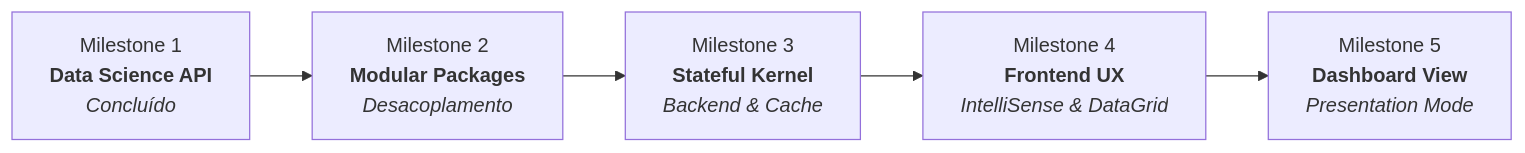
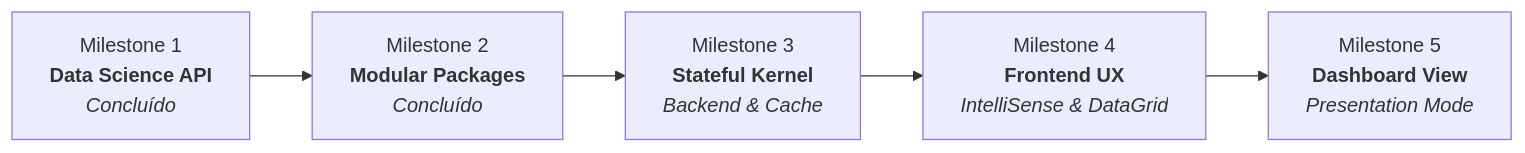
One commit to affonsoelias/BlaiseNotebook changed the diagram in ROADMAP.md. Above: the diagram before and after it, drawn with Mermaid. The commit also changed other lines of this file and 11 other files, not shown here.

````diff
--- a/ROADMAP.md
+++ b/ROADMAP.md
@@ -12,7 +12,7 @@
 ```mermaid
 flowchart LR
-    M1["Milestone 1<br/><b>Data Science API</b><br/><i>Concluído</i>"] --> M2["Milestone 2<br/><b>Modular Packages</b><br/><i>Desacoplamento</i>"]
+    M1["Milestone 1<br/><b>Data Science API</b><br/><i>Concluído</i>"] --> M2["Milestone 2<br/><b>Modular Packages</b><br/><i>Concluído</i>"]
     M2 --> M3["Milestone 3<br/><b>Stateful Kernel</b><br/><i>Backend & Cache</i>"]
     M3 --> M4["Milestone 4<br/><b>Frontend UX</b><br/><i>IntelliSense & DataGrid</i>"]
     M4 --> M5["Milestone 5<br/><b>Dashboard View</b><br/><i>Presentation Mode</i>"]
 ```
````
